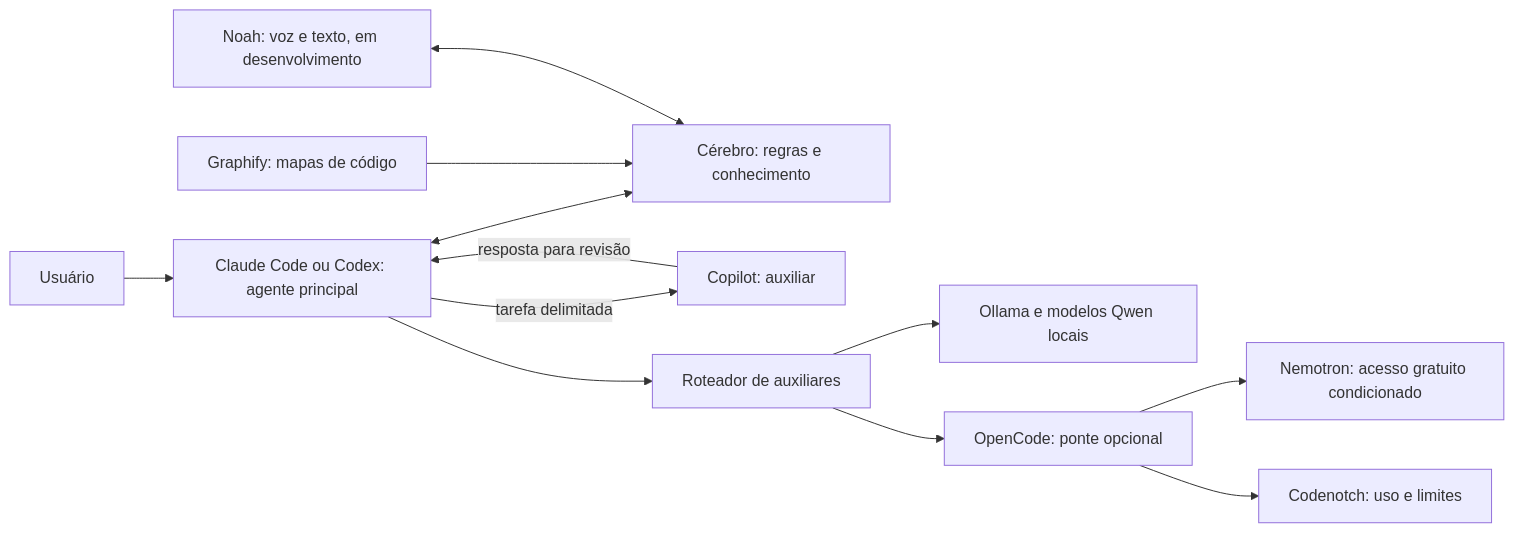
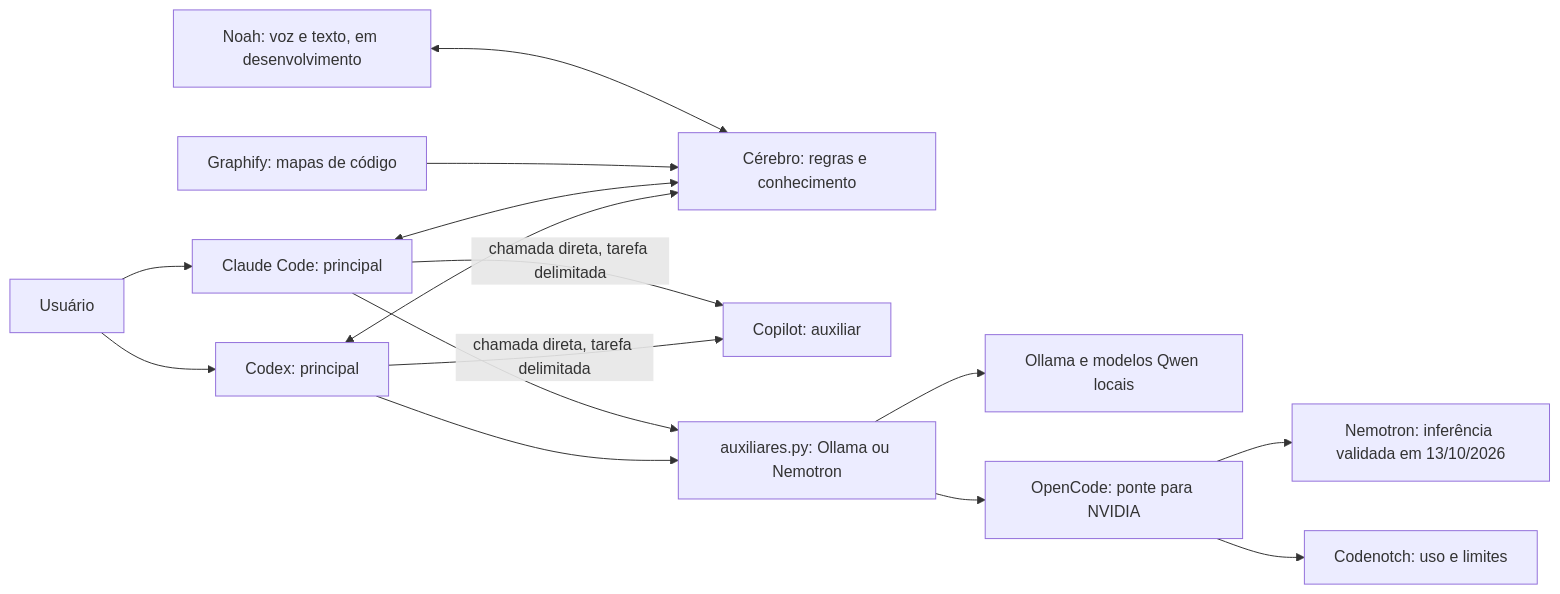
Before and after one commit to nicholasbirochi/Cerebro: the diagram in README.md, drawn with Mermaid. The commit also changed other lines of this file and 2 other files, not shown here.

Commit message:
chore: clarify alternative entry points and how helpers work

````diff
--- a/README.md
+++ b/README.md
@@ -9,14 +9,17 @@
 ```mermaid
 flowchart LR
-    P[Usuário] --> A[Claude Code ou Codex: agente principal]
-    A <--> C[Cérebro: regras e conhecimento]
-    A -->|tarefa delimitada| CP[Copilot: auxiliar]
-    CP -->|resposta para revisão| A
-    A --> R[Roteador de auxiliares]
+    P[Usuário] --> CX[Codex: principal]
+    P --> CL[Claude Code: principal]
+    CX <--> C[Cérebro: regras e conhecimento]
+    CL <--> C
+    CX -->|chamada direta, tarefa delimitada| CP[Copilot: auxiliar]
+    CL -->|chamada direta, tarefa delimitada| CP
+    CX --> R[auxiliares.py: Ollama ou Nemotron]
+    CL --> R
     R --> O[Ollama e modelos Qwen locais]
-    R --> OC[OpenCode: ponte opcional]
-    OC --> N[Nemotron: acesso gratuito condicionado]
+    R --> OC[OpenCode: ponte para NVIDIA]
+    OC --> N[Nemotron: inferência validada em 13/10/2026]
     G[Graphify: mapas de código] --> C
     NO[Noah: voz e texto, em desenvolvimento] <--> C
     OC --> U[Codenotch: uso e limites]
 ```
````
